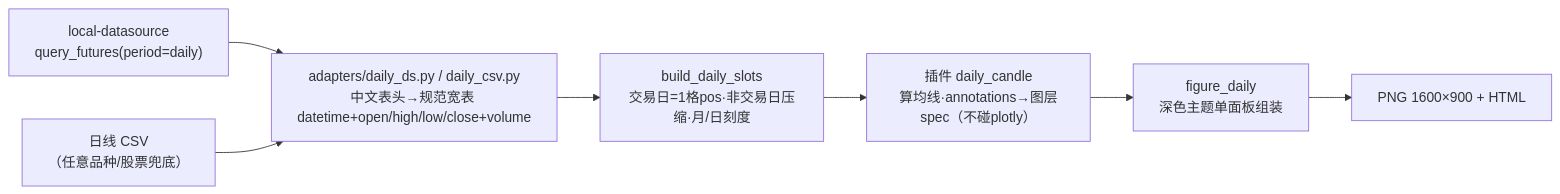
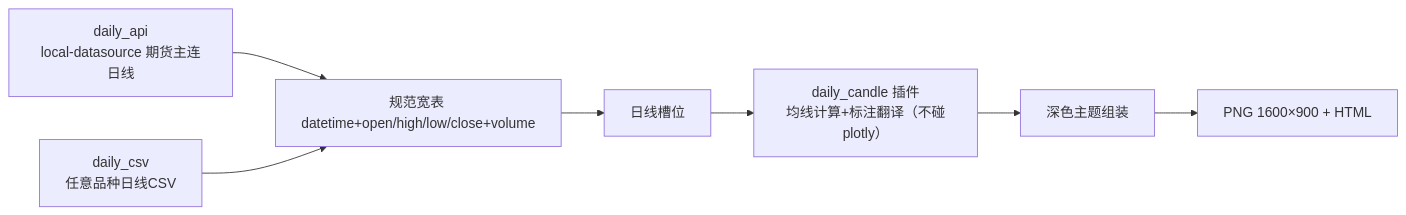
One commit to jarvislee90s-dot/quant-chart changed the diagram in docs/superpowers/specs/2026-08-28-daily-candle-replication-design.md. Above: the diagram before and after it, drawn with Mermaid. The commit also changed other lines of this file, not shown here.

````diff
--- a/docs/superpowers/specs/2026-08-28-daily-candle-replication-design.md
+++ b/docs/superpowers/specs/2026-08-28-daily-candle-replication-design.md
@@ -30,9 +30,8 @@
 ```mermaid
 flowchart LR
-    LDS["local-datasource<br/>query_futures(period=daily)"] --> AD
-    CSV["日线 CSV<br/>（任意品种/股票兜底）"] --> AD
-    AD["adapters/daily_ds.py / daily_csv.py<br/>中文表头→规范宽表 datetime+open/high/low/close+volume"] --> SL
-    SL["build_daily_slots<br/>交易日=1格pos·非交易日压缩·月/日刻度"] --> PL
-    PL["插件 daily_candle<br/>算均线·annotations→图层spec（不碰plotly）"] --> RD
-    RD["figure_daily<br/>深色主题单面板组装"] --> OUT["PNG 1600×900 + HTML"]
+    A["daily_api<br/>local-datasource 期货主连日线"] --> M
+    B["daily_csv<br/>任意品种日线CSV"] --> M
+    M["规范宽表 datetime+open/high/low/close+volume"] --> S["日线槽位"]
+    S --> P["daily_candle 插件<br/>均线计算+标注翻译（不碰plotly）"]
+    P --> F["深色主题组装"] --> O["PNG 1600×900 + HTML"]
 ```
````
